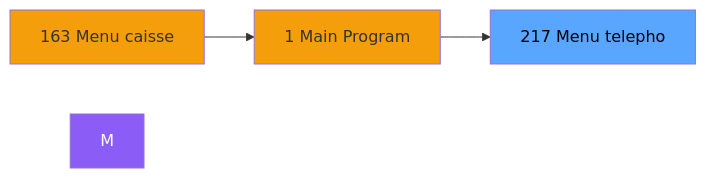
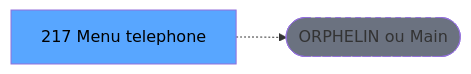
Before and after one commit to thonyAGP/lecteur-magic: the second of 3 diagrams in .openspec/renders/ADH-IDE-217.md, drawn with Mermaid. The commit also changed other lines of this file and 701 other files, not shown here.

````diff
--- a/.openspec/renders/ADH-IDE-217.md
+++ b/.openspec/renders/ADH-IDE-217.md
@@ -123,12 +127,8 @@
 ```mermaid
 graph LR
-    N163[163 Menu caisse ]
-    N1[1 Main Program]
-    T[217 Menu telepho]
-    N163 --> N1
-    N1 --> T
-    style M fill:#8b5cf6,color:#fff
-    style N163 fill:#f59e0b
-    style N1 fill:#f59e0b
+    T[217 Menu telephone]
+    ORPHAN([ORPHELIN ou Main])
+    T -.-> ORPHAN
     style T fill:#58a6ff,color:#000
+    style ORPHAN fill:#6b7280,stroke-dasharray: 5 5
 ```
````
